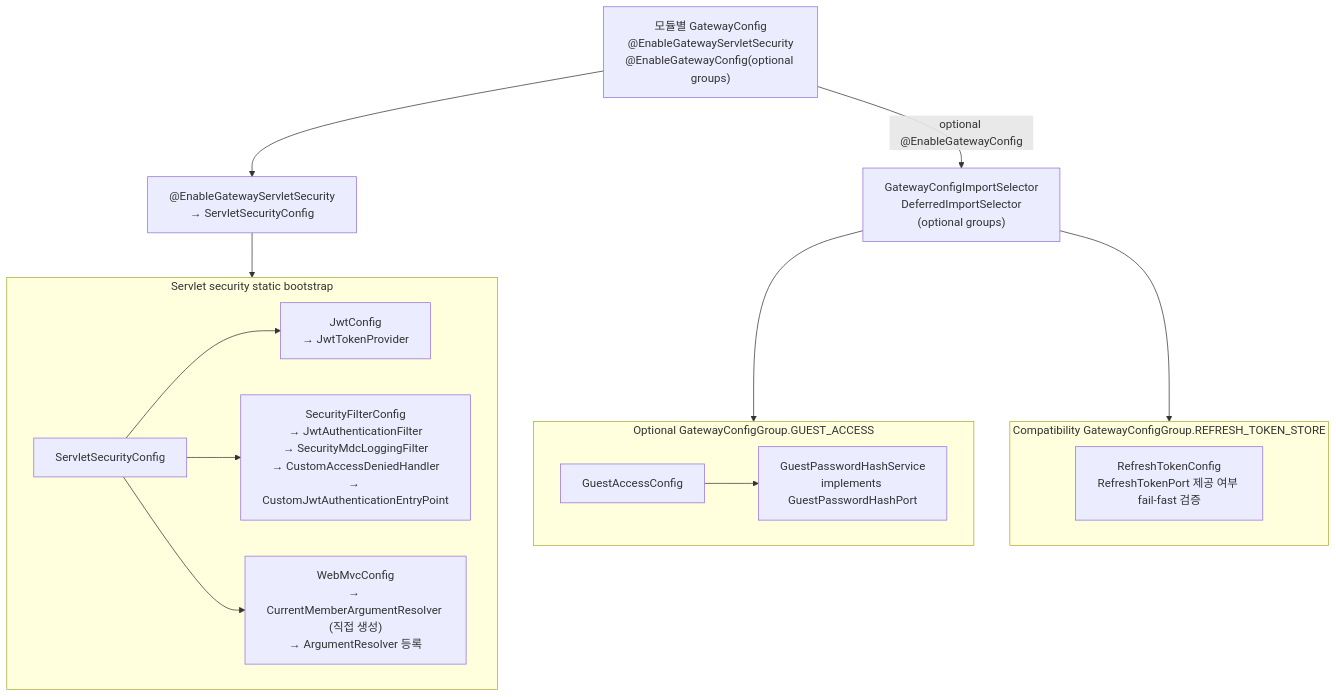
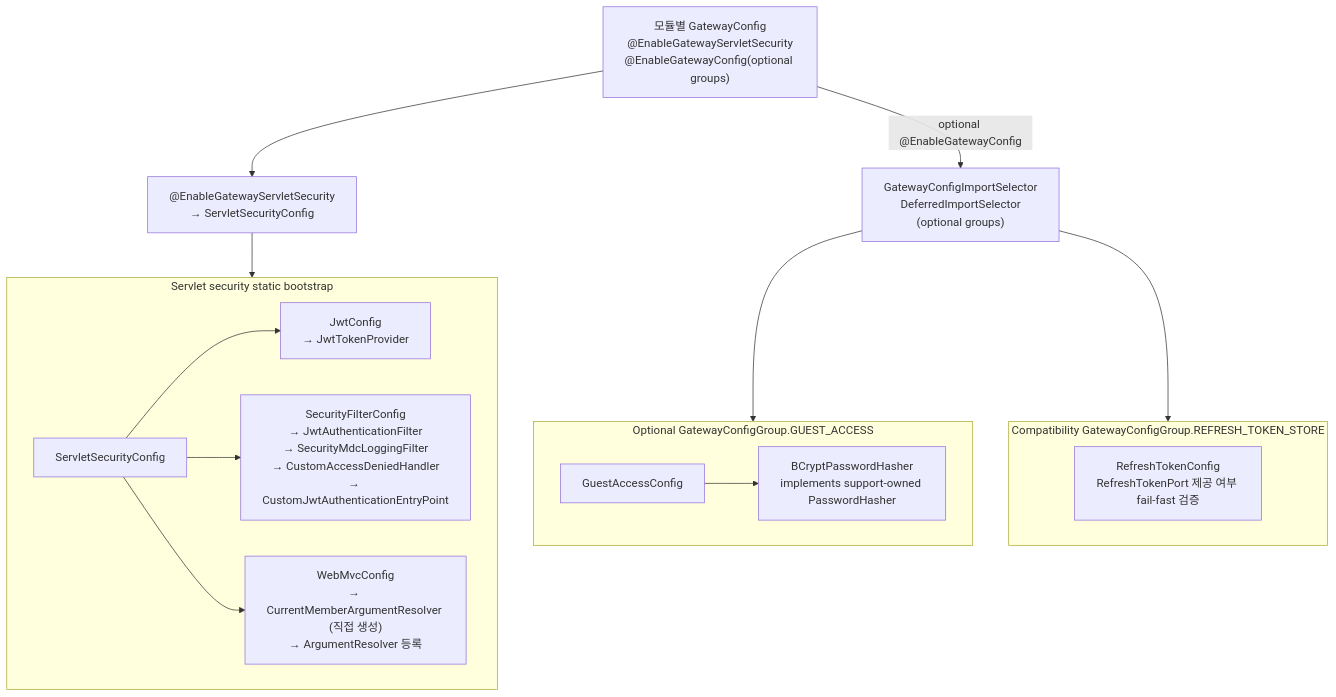
The second of 4 diagrams in gateway/README.md (TEAM-BEAT/BEAT-SERVER), drawn with Mermaid before and after one commit. The commit also changed other lines of this file and 15 other files, not shown here.

````diff
--- a/gateway/README.md
+++ b/gateway/README.md
@@ -119,33 +120,33 @@
 ```mermaid
 flowchart TB
     ModuleGatewayConfig["모듈별 GatewayConfig<br/>@EnableGatewayServletSecurity<br/>@EnableGatewayConfig(optional groups)"]
     Selector["GatewayConfigImportSelector<br/>DeferredImportSelector<br/>(optional groups)"]
 
     ServletBootstrap["@EnableGatewayServletSecurity<br/>→ ServletSecurityConfig"]
 
     subgraph SERVLET_BOOTSTRAP["Servlet security static bootstrap"]
         ServletSecurityConfig["ServletSecurityConfig"]
         JwtConfig["JwtConfig<br/>→ JwtTokenProvider"]
         SecurityConfig["SecurityFilterConfig<br/>→ JwtAuthenticationFilter<br/>→ SecurityMdcLoggingFilter<br/>→ CustomAccessDeniedHandler<br/>→ CustomJwtAuthenticationEntryPoint"]
         WebMvcConfig["WebMvcConfig<br/>→ CurrentMemberArgumentResolver (직접 생성)<br/>→ ArgumentResolver 등록"]
     end
 
     subgraph GUEST_ACCESS["Optional GatewayConfigGroup.GUEST_ACCESS"]
         GuestAccessConfig["GuestAccessConfig"]
-        GuestPasswordHashService["GuestPasswordHashService<br/>implements GuestPasswordHashPort"]
+        BCryptPasswordHasher["BCryptPasswordHasher<br/>implements support-owned PasswordHasher"]
     end
 
     subgraph REFRESH_TOKEN_STORE["Compatibility GatewayConfigGroup.REFRESH_TOKEN_STORE"]
         RefreshTokenConfig["RefreshTokenConfig<br/>RefreshTokenPort 제공 여부 fail-fast 검증"]
     end
 
     ModuleGatewayConfig --> ServletBootstrap
     ModuleGatewayConfig -->|optional @EnableGatewayConfig| Selector
     ServletBootstrap --> SERVLET_BOOTSTRAP
     Selector --> GUEST_ACCESS
     Selector --> REFRESH_TOKEN_STORE
     ServletSecurityConfig --> JwtConfig
     ServletSecurityConfig --> SecurityConfig
     ServletSecurityConfig --> WebMvcConfig
-    GuestAccessConfig --> GuestPasswordHashService
+    GuestAccessConfig --> BCryptPasswordHasher
 ```
````
